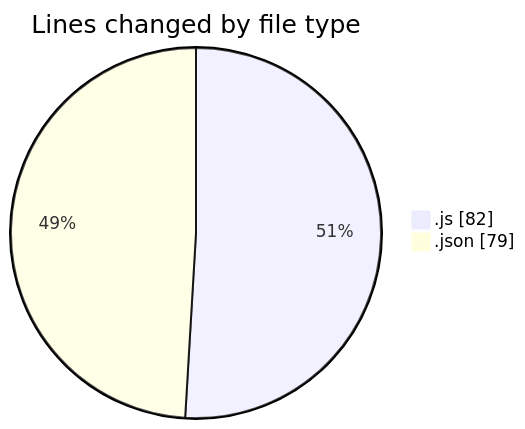
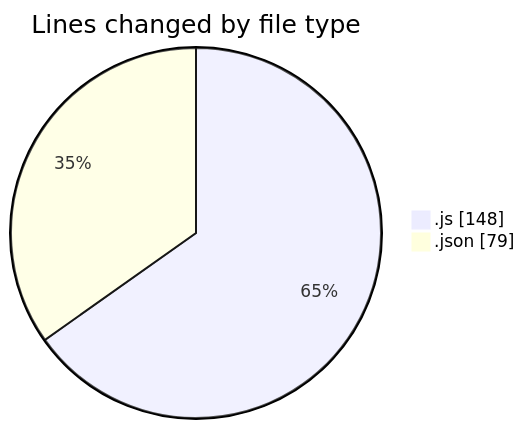
One commit to momahboobian/code-tracking changed the first of 2 diagrams in 2025-01-31/cda/README.md. Above: the diagram before and after it, drawn with Mermaid. The commit also changed other lines of this file and 1 other file, not shown here.

````diff
--- a/2025-01-31/cda/README.md
+++ b/2025-01-31/cda/README.md
@@ -22,6 +23,6 @@
 ```mermaid
 pie showData
 title Lines changed by file type
-".js" : 82
+".js" : 148
 ".json" : 79
 ```
````
